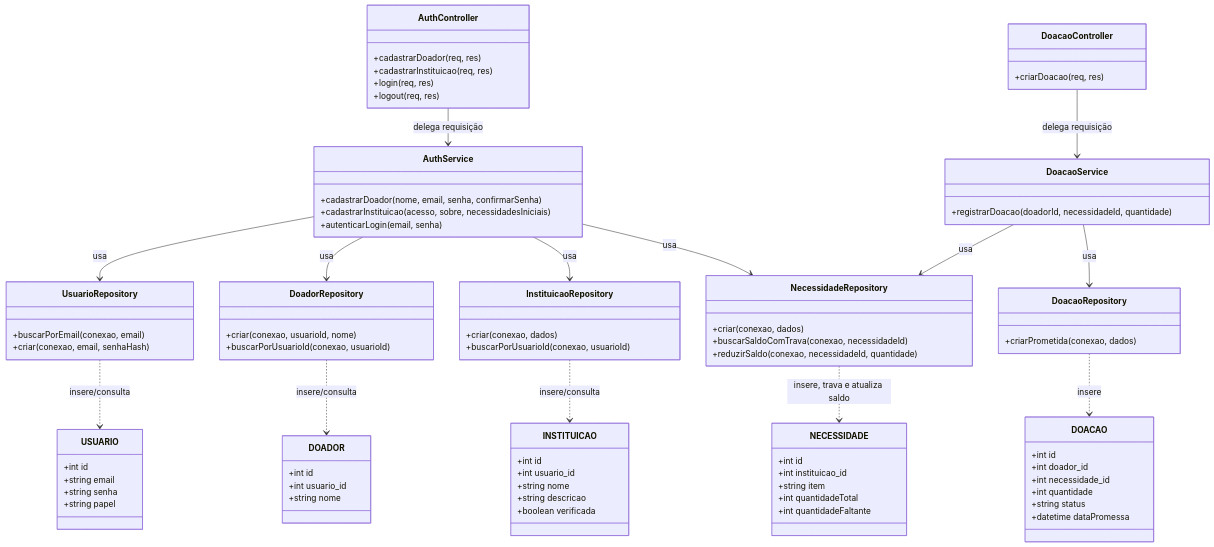
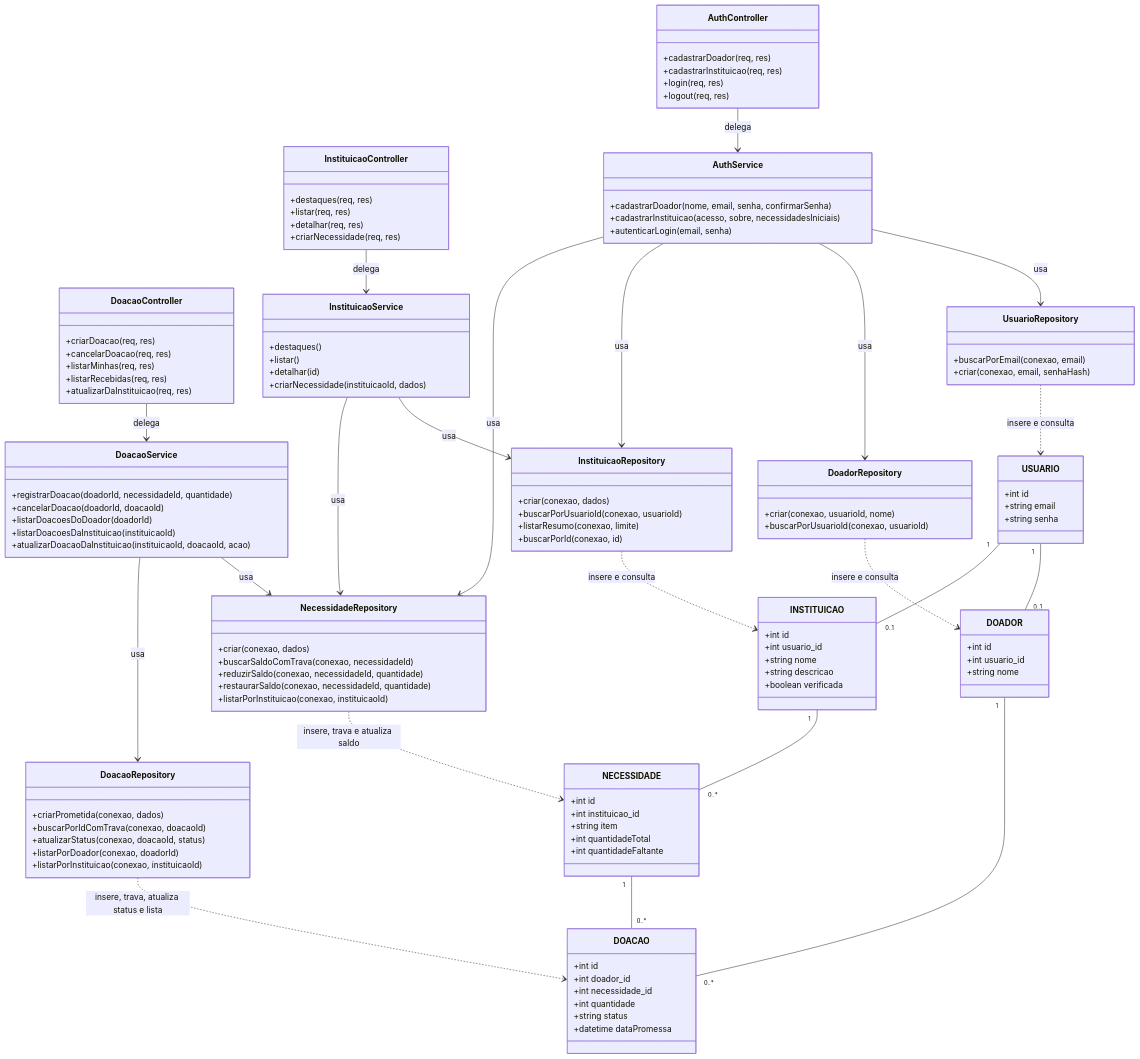
Before and after one commit to gigi-zacaroni/tp-eng-software: the second of 2 diagrams in docs/modelagem/modelagem.md, drawn with Mermaid. The commit also changed other lines of this file and 4 other files, not shown here.

````diff
--- a/docs/modelagem/modelagem.md
+++ b/docs/modelagem/modelagem.md
@@ -87,6 +84,5 @@
 ```mermaid
 classDiagram
-    %% 1. Camada de Controladores (Recebem a requisição)
     class AuthController {
         +cadastrarDoador(req, res)
         +cadastrarInstituicao(req, res)
@@ -94,22 +90,42 @@
         +logout(req, res)
     }
 
+    class InstituicaoController {
+        +destaques(req, res)
+        +listar(req, res)
+        +detalhar(req, res)
+        +criarNecessidade(req, res)
+    }
+
     class DoacaoController {
         +criarDoacao(req, res)
+        +cancelarDoacao(req, res)
+        +listarMinhas(req, res)
+        +listarRecebidas(req, res)
+        +atualizarDaInstituicao(req, res)
     }
 
-    %% 2. Camada de Serviços (Executam a regra de negócio)
     class AuthService {
         +cadastrarDoador(nome, email, senha, confirmarSenha)
         +cadastrarInstituicao(acesso, sobre, necessidadesIniciais)
         +autenticarLogin(email, senha)
     }
 
+    class InstituicaoService {
+        +destaques()
+        +listar()
+        +detalhar(id)
+        +criarNecessidade(instituicaoId, dados)
+    }
+
     class DoacaoService {
         +registrarDoacao(doadorId, necessidadeId, quantidade)
+        +cancelarDoacao(doadorId, doacaoId)
+        +listarDoacoesDoDoador(doadorId)
+        +listarDoacoesDaInstituicao(instituicaoId)
+        +atualizarDoacaoDaInstituicao(instituicaoId, doacaoId, acao)
     }
 
-    %% 2b. Camada de Repositories (Sprint 5, padrão Repository: único lugar com SQL)
     class UsuarioRepository {
         +buscarPorEmail(conexao, email)
         +criar(conexao, email, senhaHash)
@@ -123,24 +139,30 @@
     class InstituicaoRepository {
         +criar(conexao, dados)
         +buscarPorUsuarioId(conexao, usuarioId)
+        +listarResumo(conexao, limite)
+        +buscarPorId(conexao, id)
     }
 
     class NecessidadeRepository {
         +criar(conexao, dados)
         +buscarSaldoComTrava(conexao, necessidadeId)
         +reduzirSaldo(conexao, necessidadeId, quantidade)
+        +restaurarSaldo(conexao, necessidadeId, quantidade)
+        +listarPorInstituicao(conexao, instituicaoId)
     }
 
     class DoacaoRepository {
         +criarPrometida(conexao, dados)
+        +buscarPorIdComTrava(conexao, doacaoId)
+        +atualizarStatus(conexao, doacaoId, status)
+        +listarPorDoador(conexao, doadorId)
+        +listarPorInstituicao(conexao, instituicaoId)
     }
 
-    %% 3. Entidades do Banco de Dados 
     class USUARIO {
         +int id
         +string email
         +string senha
-        +string papel
     }
 
     class DOADOR {
@@ -174,20 +196,28 @@
         +datetime dataPromessa
     }
 
-    %% 4. Relacionamentos Arquiteturais (Baixo Acoplamento)
-    AuthController --> AuthService : delega requisição
-    DoacaoController --> DoacaoService : delega requisição
+    AuthController --> AuthService : delega
+    InstituicaoController --> InstituicaoService : delega
+    DoacaoController --> DoacaoService : delega
 
     AuthService --> UsuarioRepository : usa
     AuthService --> DoadorRepository : usa
     AuthService --> InstituicaoRepository : usa
     AuthService --> NecessidadeRepository : usa
+    InstituicaoService --> InstituicaoRepository : usa
+    InstituicaoService --> NecessidadeRepository : usa
     DoacaoService --> NecessidadeRepository : usa
     DoacaoService --> DoacaoRepository : usa
 
-    UsuarioRepository ..> USUARIO : insere/consulta
-    DoadorRepository ..> DOADOR : insere/consulta
-    InstituicaoRepository ..> INSTITUICAO : insere/consulta
+    UsuarioRepository ..> USUARIO : insere e consulta
+    DoadorRepository ..> DOADOR : insere e consulta
+    InstituicaoRepository ..> INSTITUICAO : insere e consulta
     NecessidadeRepository ..> NECESSIDADE : insere, trava e atualiza saldo
-    DoacaoRepository ..> DOACAO : insere
+    DoacaoRepository ..> DOACAO : insere, trava, atualiza status e lista
+
+    USUARIO "1" -- "0..1" DOADOR
+    USUARIO "1" -- "0..1" INSTITUICAO
+    INSTITUICAO "1" -- "0..*" NECESSIDADE
+    NECESSIDADE "1" -- "0..*" DOACAO
+    DOADOR "1" -- "0..*" DOACAO
 ```
````
